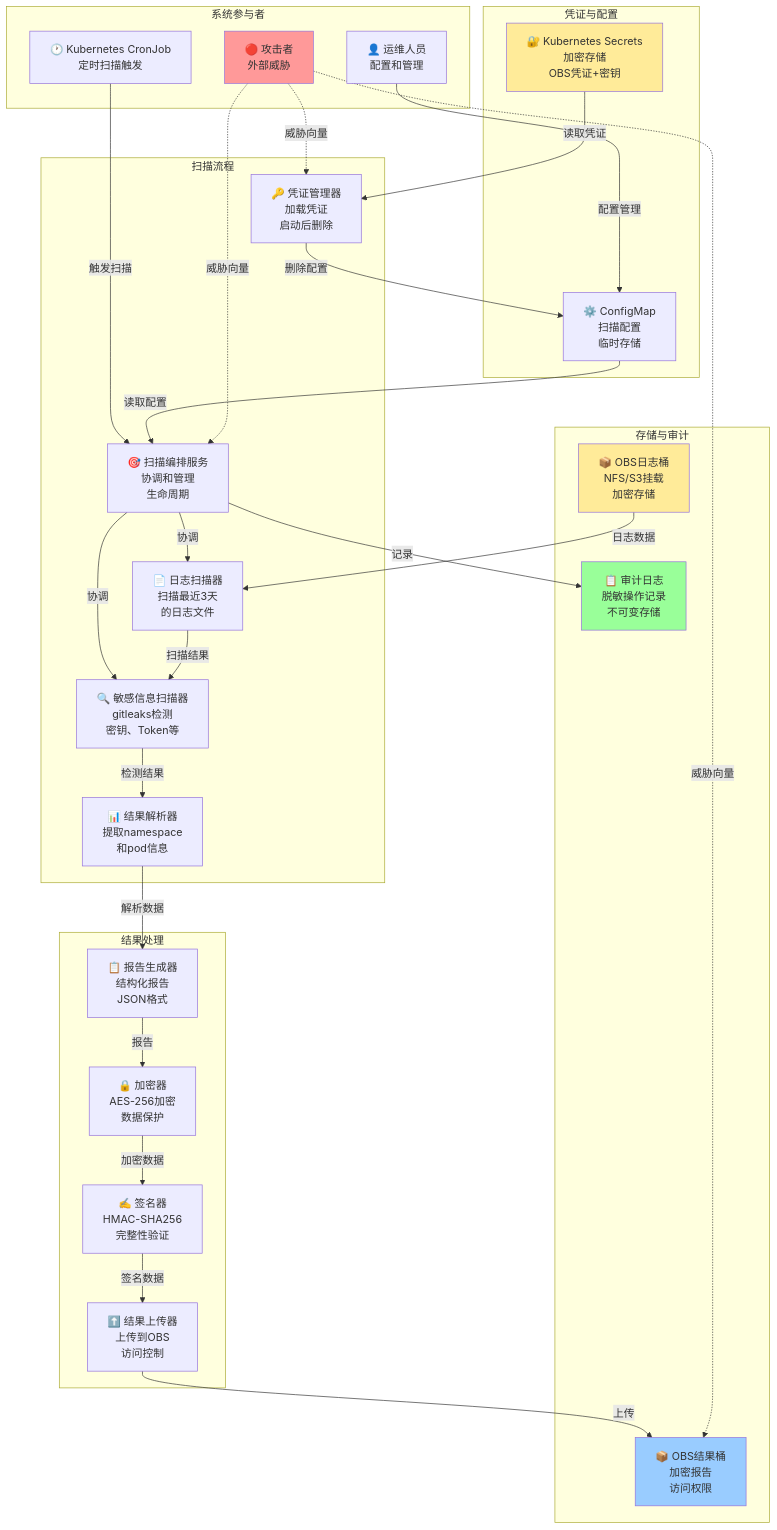
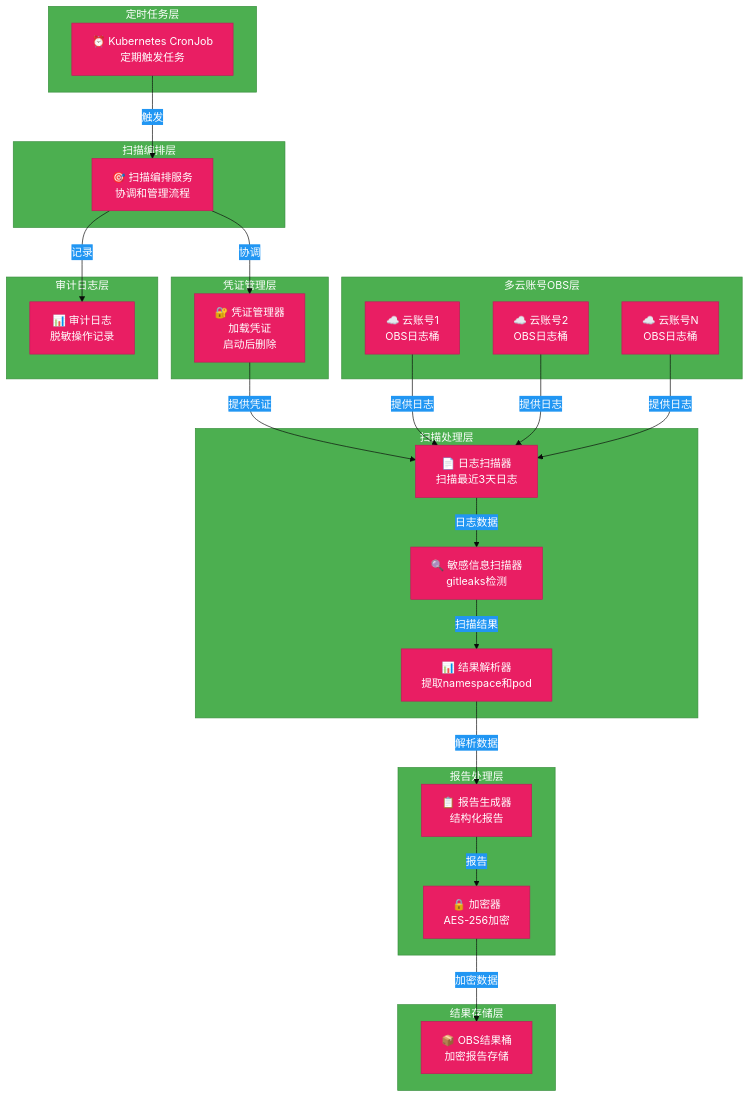
One commit to GeorgeCao-hw/backlog-test changed the first of 7 diagrams in opensourceways/issue_docs/67/Architecture Desgin/#67 Architecture Design Specification.md. Above: the diagram before and after it, drawn with Mermaid. The commit also changed other lines of this file and 3 other files, not shown here.

````diff
--- a/opensourceways/issue_docs/67/Architecture Desgin/#67 Architecture Design Specification.md
+++ b/opensourceways/issue_docs/67/Architecture Desgin/#67 Architecture Design Specification.md
@@ -511,60 +26,70 @@
 ```mermaid
+%%{init: {
+  'theme': 'base',
+  'themeVariables': {
+    'primaryColor': '#e91e63',
+    'primaryBorderColor': '#c2185b',
+    'primaryTextColor': '#ffffff',
+    'secondaryColor': '#2196f3',
+    'secondaryBorderColor': '#1565c0',
+    'secondaryTextColor': '#ffffff',
+    'tertiaryColor': '#4caf50',
+    'tertiaryBorderColor': '#388e3c',
+    'tertiaryTextColor': '#ffffff',
+    'notBkgColor': '#ff4444',
+    'notBorderColor': '#d32f2f',
+    'fontSize': '16px',
+    'fontFamily': 'arial'
+  }
+}}%%
 graph TB
-    subgraph "系统参与者"
-        CronJob["🕐 Kubernetes CronJob<br/>定时扫描触发"]
-        Ops["👤 运维人员<br/>配置和管理"]
-        Attacker["🔴 攻击者<br/>外部威胁"]
+    subgraph "定时任务层"
+        CronJob["⏰ Kubernetes CronJob<br/>定期触发任务"]
     end
 
-    subgraph "凭证与配置"
-        K8sSecrets["🔐 Kubernetes Secrets<br/>加密存储<br/>OBS凭证+密钥"]
-        ConfigMap["⚙️ ConfigMap<br/>扫描配置<br/>临时存储"]
+    subgraph "扫描编排层"
+        Orchestrator["🎯 扫描编排服务<br/>协调和管理流程"]
     end
 
-    subgraph "扫描流程"
-        Orchestrator["🎯 扫描编排服务<br/>协调和管理<br/>生命周期"]
-        CredMgr["🔑 凭证管理器<br/>加载凭证<br/>启动后删除"]
-        LogScanner["📄 日志扫描器<br/>扫描最近3天<br/>的日志文件"]
-        SecretScanner["🔍 敏感信息扫描器<br/>gitleaks检测<br/>密钥、Token等"]
-        ResultParser["📊 结果解析器<br/>提取namespace<br/>和pod信息"]
+    subgraph "凭证管理层"
+        CredMgr["🔐 凭证管理器<br/>加载凭证<br/>启动后删除"]
     end
 
-    subgraph "结果处理"
-        ReportGen["📋 报告生成器<br/>结构化报告<br/>JSON格式"]
-        Encryptor["🔒 加密器<br/>AES-256加密<br/>数据保护"]
-        Signer["✍️ 签名器<br/>HMAC-SHA256<br/>完整性验证"]
-        Uploader["⬆️ 结果上传器<br/>上传到OBS<br/>访问控制"]
+    subgraph "扫描处理层"
+        LogScanner["📄 日志扫描器<br/>扫描最近3天日志"]
+        SecretScanner["🔍 敏感信息扫描器<br/>gitleaks检测"]
+        ResultParser["📊 结果解析器<br/>提取namespace和pod"]
     end
 
-    subgraph "存储与审计"
-        OBSLogs["📦 OBS日志桶<br/>NFS/S3挂载<br/>加密存储"]
-        OBSResults["📦 OBS结果桶<br/>加密报告<br/>访问权限"]
-        AuditLogs["📋 审计日志<br/>脱敏操作记录<br/>不可变存储"]
+    subgraph "多云账号OBS层"
+        OBS1["☁️ 云账号1<br/>OBS日志桶"]
+        OBS2["☁️ 云账号2<br/>OBS日志桶"]
+        OBSn["☁️ 云账号N<br/>OBS日志桶"]
     end
 
-    CronJob -->|触发扫描| Orchestrator
-    Ops -->|配置管理| ConfigMap
-    K8sSecrets -->|读取凭证| CredMgr
-    ConfigMap -->|读取配置| Orchestrator
-    CredMgr -->|删除配置| ConfigMap
-    Orchestrator -->|协调| LogScanner
-    Orchestrator -->|协调| SecretScanner
-    OBSLogs -->|日志数据| LogScanner
-    LogScanner -->|扫描结果| SecretScanner
-    SecretScanner -->|检测结果| ResultParser
+    subgraph "报告处理层"
+        ReportGen["📋 报告生成器<br/>结构化报告"]
+        Encryptor["🔒 加密器<br/>AES-256加密"]
+    end
+
+    subgraph "结果存储层"
+        OBSResults["📦 OBS结果桶<br/>加密报告存储"]
+    end
+
+    subgraph "审计日志层"
+        AuditLogs["📊 审计日志<br/>脱敏操作记录"]
+    end
+
+    CronJob -->|触发| Orchestrator
+    Orchestrator -->|协调| CredMgr
+    CredMgr -->|提供凭证| LogScanner
+    OBS1 -->|提供日志| LogScanner
+    OBS2 -->|提供日志| LogScanner
+    OBSn -->|提供日志| LogScanner
+    LogScanner -->|日志数据| SecretScanner
+    SecretScanner -->|扫描结果| ResultParser
     ResultParser -->|解析数据| ReportGen
     ReportGen -->|报告| Encryptor
-    Encryptor -->|加密数据| Signer
-    Signer -->|签名数据| Uploader
-    Uploader -->|上传| OBSResults
+    Encryptor -->|加密数据| OBSResults
     Orchestrator -->|记录| AuditLogs
-    Attacker -.->|威胁向量| Orchestrator
-    Attacker -.->|威胁向量| CredMgr
-    Attacker -.->|威胁向量| OBSResults
-
-    style Attacker fill:#ff9999
-    style K8sSecrets fill:#ffeb99
-    style OBSLogs fill:#ffeb99
-    style OBSResults fill:#99ccff
-    style AuditLogs fill:#99ff99
 ```
````
